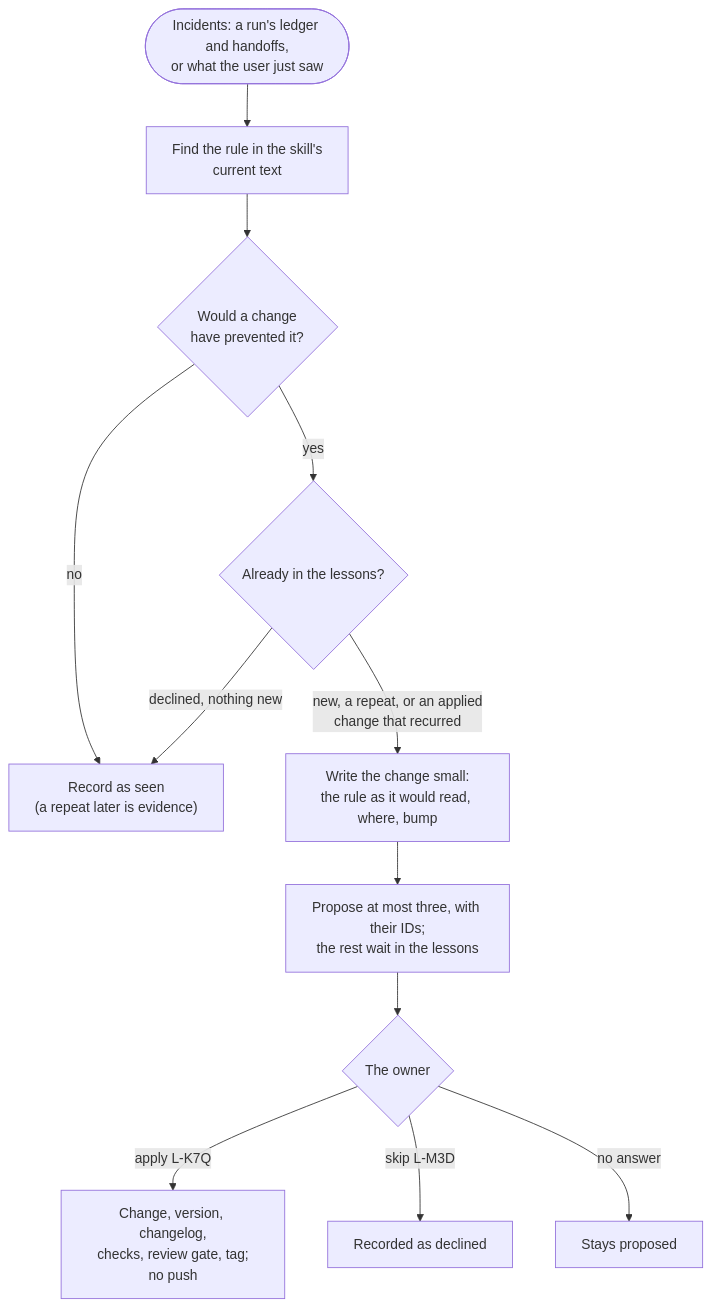
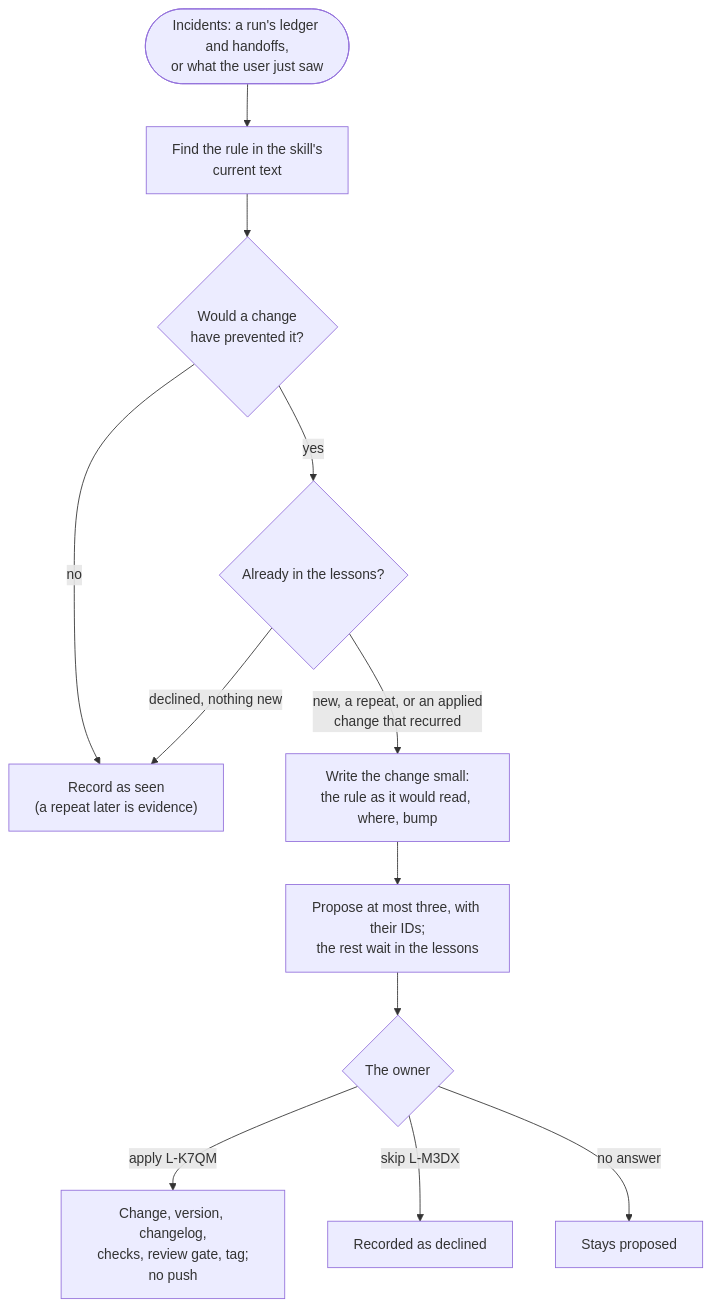
Before and after one commit to kristianbonnici/agent-skills: the diagram in docs/skills/skill-evolution/README.md, drawn with Mermaid. The commit also changed 9 other files, not shown here.

````diff
--- a/docs/skills/skill-evolution/README.md
+++ b/docs/skills/skill-evolution/README.md
@@ -13,14 +13,14 @@
 ```mermaid
 flowchart TD
   src(["Incidents: a run's ledger and handoffs,<br/>or what the user just saw"]) --> rule["Find the rule in the skill's<br/>current text"]
   rule --> help{Would a change<br/>have prevented it?}
   help -->|no| seen["Record as seen<br/>(a repeat later is evidence)"]
   help -->|yes| past{Already in the lessons?}
   past -->|"declined, nothing new"| seen
   past -->|"new, a repeat, or an applied<br/>change that recurred"| prop["Write the change small:<br/>the rule as it would read, where, bump"]
   prop --> top["Propose at most three, with their IDs;<br/>the rest wait in the lessons"]
   top --> owner{The owner}
-  owner -->|"apply L-K7Q"| apply["Change, version, changelog,<br/>checks, review gate, tag;<br/>no push"]
-  owner -->|"skip L-M3D"| declined["Recorded as declined"]
+  owner -->|"apply L-K7QM"| apply["Change, version, changelog,<br/>checks, review gate, tag;<br/>no push"]
+  owner -->|"skip L-M3DX"| declined["Recorded as declined"]
   owner -->|no answer| wait["Stays proposed"]
 ```
````
